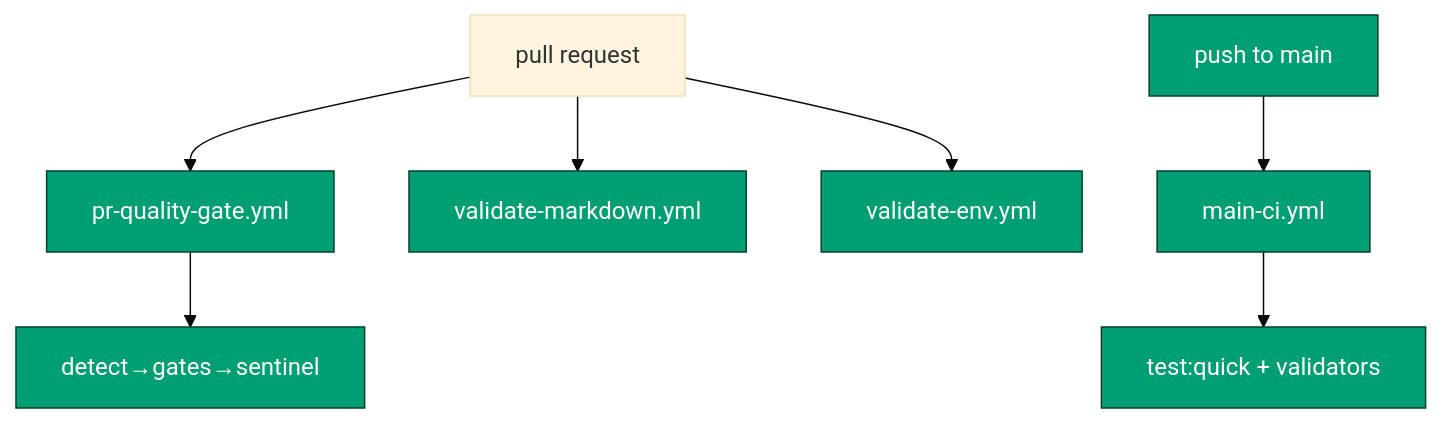
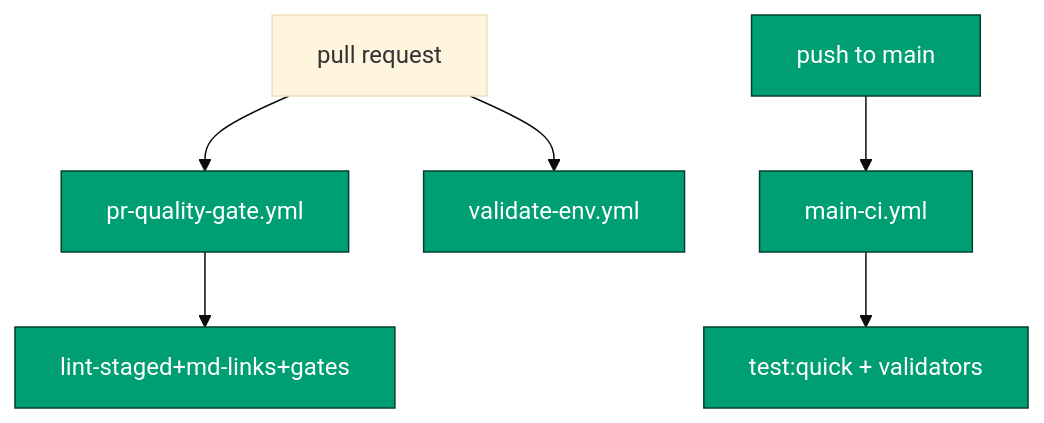
One commit to wahidyankf/baseerah changed the sixth of 8 diagrams in plans/in-progress/standardize-rhino-cli-sdlc-parity/tech-docs.md. Above: the diagram before and after it, drawn with Mermaid (base theme). The commit also changed other lines of this file and 4 other files, not shown here.

````diff
--- a/plans/in-progress/standardize-rhino-cli-sdlc-parity/tech-docs.md
+++ b/plans/in-progress/standardize-rhino-cli-sdlc-parity/tech-docs.md
@@ -816,12 +895,11 @@
 ```mermaid
 flowchart TD
     PRn[pull request] --> G[pr-quality-gate.yml]
-    PRn --> H[validate-markdown.yml]
     PRn --> I[validate-env.yml]
-    G --> G1["detect→gates→sentinel"]
+    G --> G1["lint-staged+md-links+gates"]
     Mn[push to main] --> MC[main-ci.yml]
     MC --> MC1["test:quick + validators"]
 
     classDef ci fill:#009E73,color:#ffffff,stroke:#003f2f
-    class G,H,I,G1,Mn,MC,MC1 ci
+    class G,I,G1,Mn,MC,MC1 ci
 ```
````
